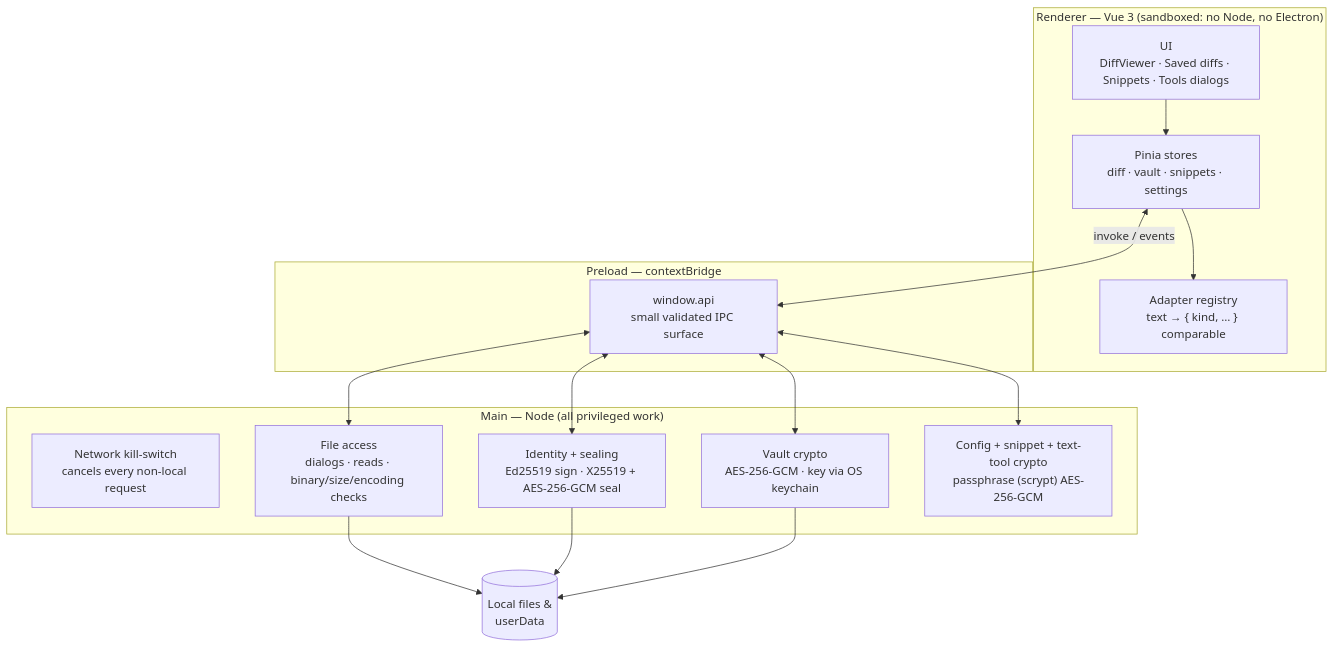
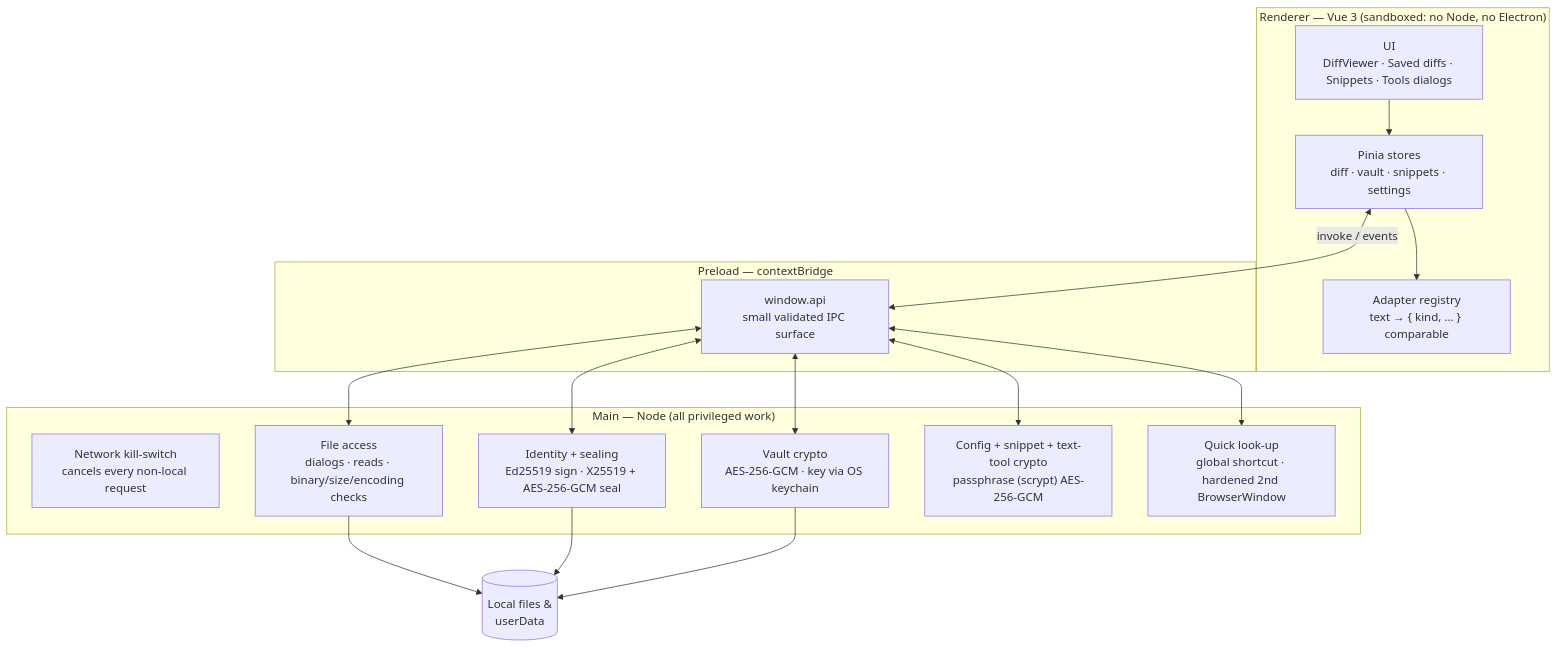
The diagram in docs/architecture.md (mindaugaskasp/diff-bro), drawn with Mermaid before and after one commit. The commit also changed other lines of this file and 37 other files, not shown here.

Commit message:
add quick look preview window, update test cases

````diff
--- a/docs/architecture.md
+++ b/docs/architecture.md
@@ -8,32 +8,34 @@
 ```mermaid
 flowchart TB
     subgraph R["Renderer — Vue 3 (sandboxed: no Node, no Electron)"]
         ui["UI<br/>DiffViewer · Saved diffs · Snippets · Tools dialogs"]
         stores["Pinia stores<br/>diff · vault · snippets · settings"]
         adapters["Adapter registry<br/>text → { kind, … } comparable"]
         ui --> stores --> adapters
     end
 
     subgraph PR["Preload — contextBridge"]
         api["window.api<br/>small validated IPC surface"]
     end
 
     subgraph M["Main — Node (all privileged work)"]
         killswitch["Network kill-switch<br/>cancels every non-local request"]
         fileio["File access<br/>dialogs · reads · binary/size/encoding checks"]
         vaultkey["Vault crypto<br/>AES-256-GCM · key via OS keychain"]
         sealing["Identity + sealing<br/>Ed25519 sign · X25519 + AES-256-GCM seal"]
         cfg["Config + snippet + text-tool crypto<br/>passphrase (scrypt) AES-256-GCM"]
+        quicklook["Quick look-up<br/>global shortcut · hardened 2nd BrowserWindow"]
     end
 
     disk[("Local files &<br/>userData")]
 
     stores <-->|"invoke / events"| api
     api <--> fileio
     api <--> vaultkey
     api <--> sealing
     api <--> cfg
     fileio --> disk
     sealing --> disk
     vaultkey --> disk
+    api <--> quicklook
 ```
````
